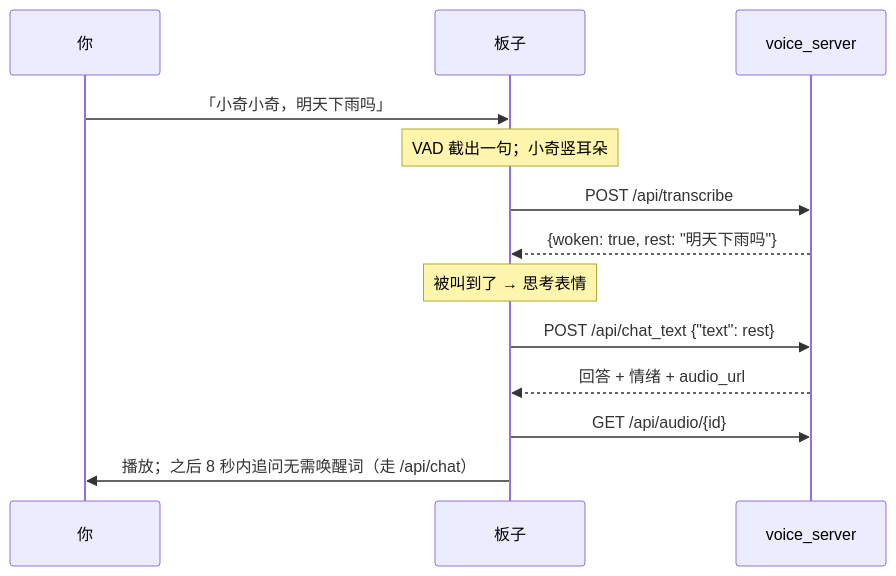
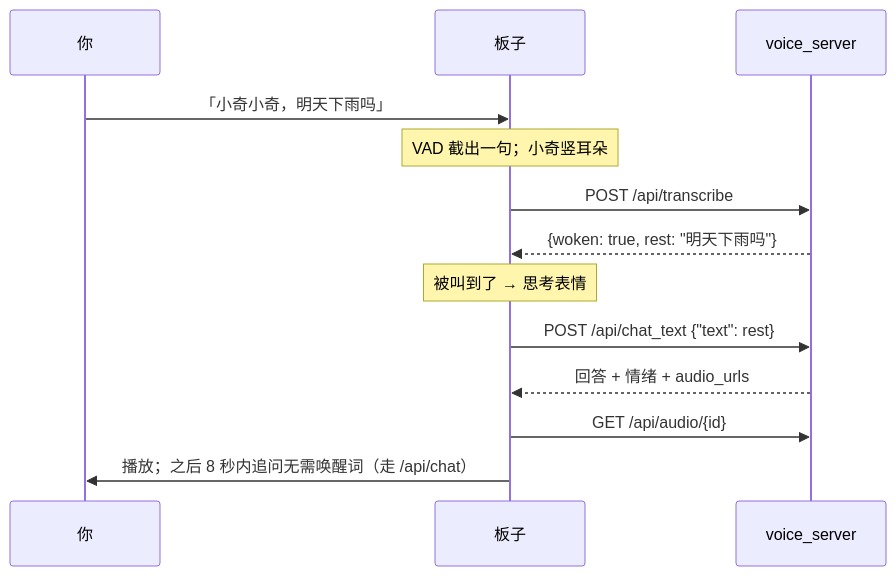
One commit to syu-lk4b/esp32-chatbot-local changed the third of 3 diagrams in docs/zh-CN/architecture.md. Above: the diagram before and after it, drawn with Mermaid. The commit also changed other lines of this file and 6 other files, not shown here.

````diff
--- a/docs/zh-CN/architecture.md
+++ b/docs/zh-CN/architecture.md
@@ -61,15 +61,15 @@
 ```mermaid
 sequenceDiagram
   participant U as 你
   participant B as 板子
   participant S as voice_server
   U->>B: 「小奇小奇，明天下雨吗」
   Note over B: VAD 截出一句；小奇竖耳朵
   B->>S: POST /api/transcribe
   S-->>B: {woken: true, rest: "明天下雨吗"}
   Note over B: 被叫到了 → 思考表情
   B->>S: POST /api/chat_text {"text": rest}
-  S-->>B: 回答 + 情绪 + audio_url
+  S-->>B: 回答 + 情绪 + audio_urls
   B->>S: GET /api/audio/{id}
   B->>U: 播放；之后 8 秒内追问无需唤醒词（走 /api/chat）
 ```
````
